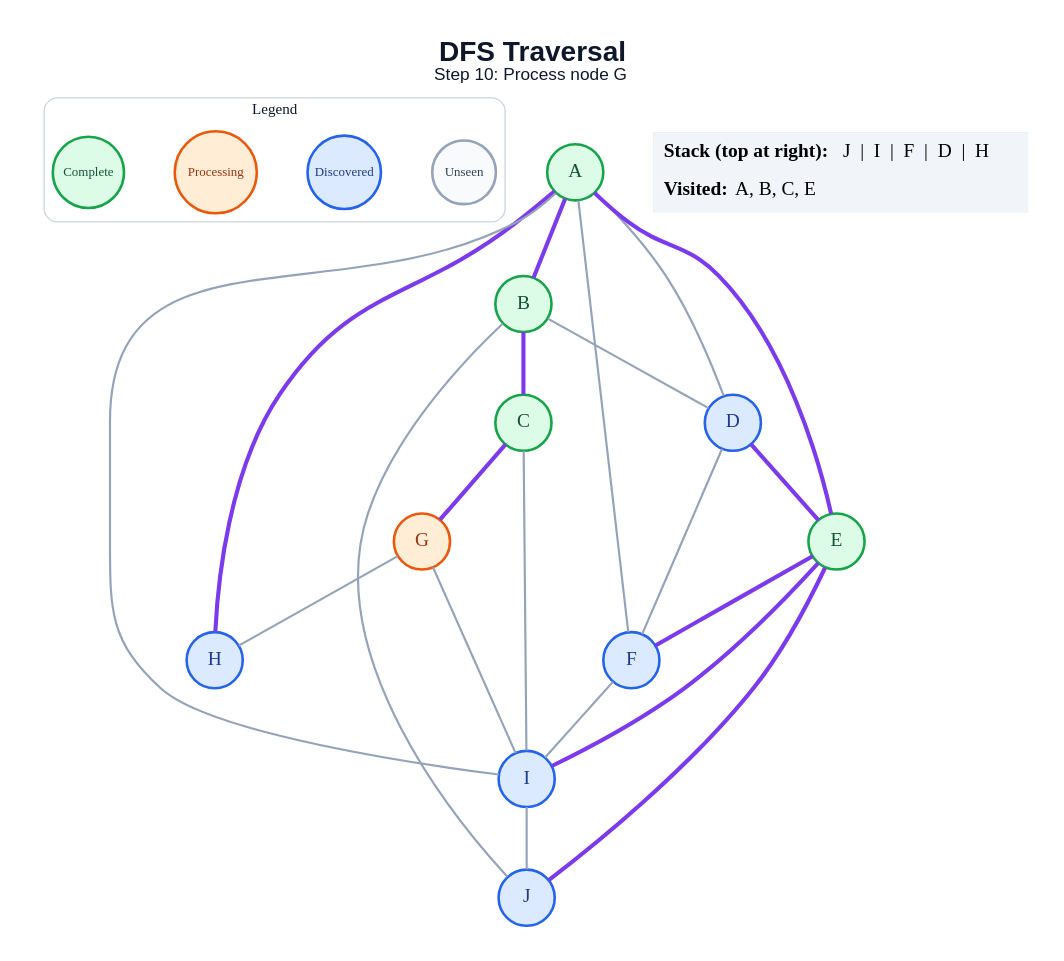
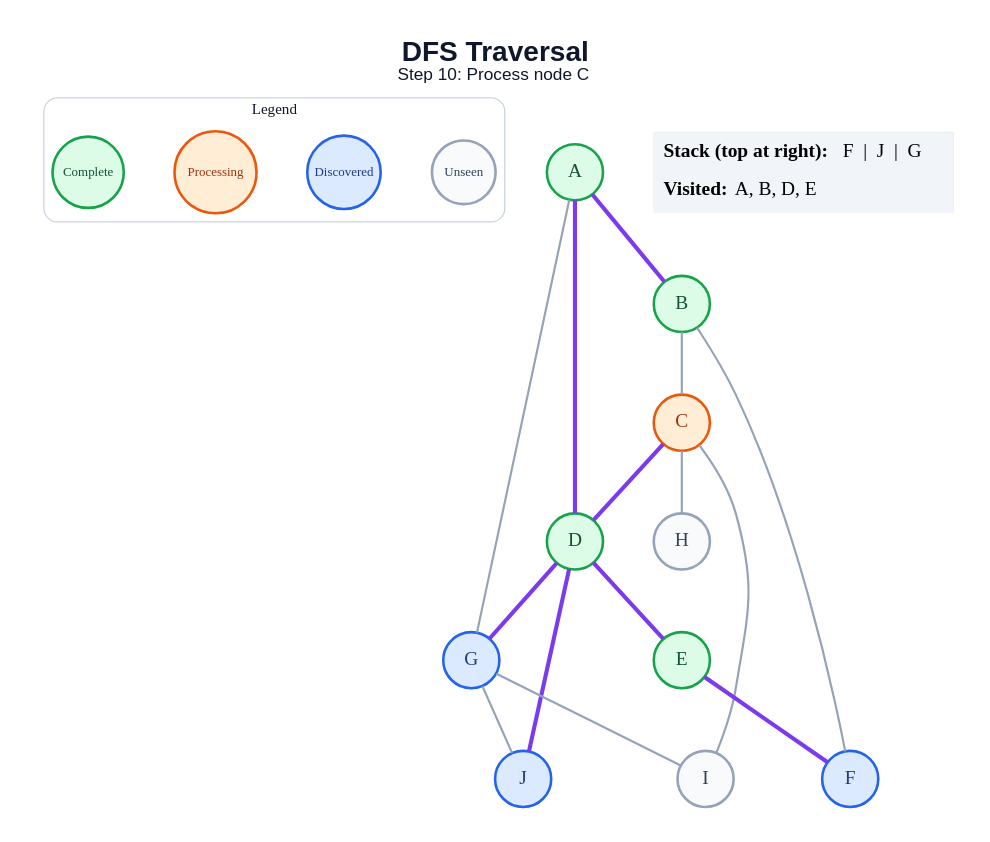
The diagram in generated/specific-node/dfs/step_10.dot (anon7238593-create/ai-slop), drawn with Graphviz before and after one commit. The commit also changed 178 other files, not shown here.

```diff
--- a/generated/specific-node/dfs/step_10.dot
+++ b/generated/specific-node/dfs/step_10.dot
@@ -1,49 +1,43 @@
 graph traversal {
   graph [layout=dot, rankdir=TB, bgcolor="#FFFFFF", pad="0.35", nodesep="0.65", ranksep="0.8", fontname="Arial"];
   node [shape=circle, style="filled", fontname="Arial Bold", fontsize=18, width=0.72, fixedsize=true, penwidth=2.4];
   edge [color="#94A3B8", penwidth=2.0];
-  label=<<B>DFS Traversal</B><BR/><FONT POINT-SIZE="16">Step 10: Process node G</FONT>>; labelloc="t"; fontsize=26; fontname="Arial"; fontcolor="#0F172A";
+  label=<<B>DFS Traversal</B><BR/><FONT POINT-SIZE="16">Step 10: Process node C</FONT>>; labelloc="t"; fontsize=26; fontname="Arial"; fontcolor="#0F172A";
   subgraph cluster_legend { label="Legend"; color="#CBD5E1"; penwidth=1.2; style="rounded"; fontsize=14; fontname="Arial Bold";
     key_unseen [label="Unseen", fillcolor="#F8FAFC", color="#94A3B8", fontcolor="#334155", fontsize=12, width=0.82];
     key_frontier [label="Discovered", fillcolor="#DBEAFE", color="#2563EB", fontcolor="#1E3A8A", fontsize=12, width=0.95];
     key_current [label="Processing", fillcolor="#FFEDD5", color="#EA580C", fontcolor="#9A3412", fontsize=12, width=1.05];
     key_done [label="Complete", fillcolor="#DCFCE7", color="#16A34A", fontcolor="#14532D", fontsize=12, width=0.92];
     { rank=same; key_unseen; key_frontier; key_current; key_done; }
   }
   A [fillcolor="#DCFCE7", color="#16A34A", fontcolor="#14532D"];
   B [fillcolor="#DCFCE7", color="#16A34A", fontcolor="#14532D"];
-  C [fillcolor="#DCFCE7", color="#16A34A", fontcolor="#14532D"];
-  D [fillcolor="#DBEAFE", color="#2563EB", fontcolor="#1E3A8A"];
+  C [fillcolor="#FFEDD5", color="#EA580C", fontcolor="#9A3412"];
+  D [fillcolor="#DCFCE7", color="#16A34A", fontcolor="#14532D"];
   E [fillcolor="#DCFCE7", color="#16A34A", fontcolor="#14532D"];
   F [fillcolor="#DBEAFE", color="#2563EB", fontcolor="#1E3A8A"];
-  G [fillcolor="#FFEDD5", color="#EA580C", fontcolor="#9A3412"];
-  H [fillcolor="#DBEAFE", color="#2563EB", fontcolor="#1E3A8A"];
-  I [fillcolor="#DBEAFE", color="#2563EB", fontcolor="#1E3A8A"];
+  G [fillcolor="#DBEAFE", color="#2563EB", fontcolor="#1E3A8A"];
+  H [fillcolor="#F8FAFC", color="#94A3B8", fontcolor="#334155"];
+  I [fillcolor="#F8FAFC", color="#94A3B8", fontcolor="#334155"];
   J [fillcolor="#DBEAFE", color="#2563EB", fontcolor="#1E3A8A"];
   A -- B [color="#7C3AED", penwidth=3.8];
-  A -- D;
-  A -- E [color="#7C3AED", penwidth=3.8];
-  A -- F;
-  A -- H [color="#7C3AED", penwidth=3.8];
-  A -- I;
-  B -- C [color="#7C3AED", penwidth=3.8];
-  B -- D;
-  B -- J;
-  C -- G [color="#7C3AED", penwidth=3.8];
+  A -- D [color="#7C3AED", penwidth=3.8];
+  A -- G;
+  B -- C;
+  B -- F;
+  C -- D [color="#7C3AED", penwidth=3.8];
+  C -- H;
   C -- I;
   D -- E [color="#7C3AED", penwidth=3.8];
-  D -- F;
+  D -- G [color="#7C3AED", penwidth=3.8];
+  D -- J [color="#7C3AED", penwidth=3.8];
   E -- F [color="#7C3AED", penwidth=3.8];
-  E -- I [color="#7C3AED", penwidth=3.8];
-  E -- J [color="#7C3AED", penwidth=3.8];
-  F -- I;
-  G -- H;
   G -- I;
-  I -- J;
+  G -- J;
   status [shape=plain, fixedsize=false, width=0, height=0, margin=0, label=<
     <TABLE BORDER="0" CELLBORDER="0" CELLPADDING="7" BGCOLOR="#F1F5F9">
-      <TR><TD ALIGN="LEFT"><B>Stack (top at right):</B> J  |  I  |  F  |  D  |  H</TD></TR>
-      <TR><TD ALIGN="LEFT"><B>Visited:</B> A, B, C, E</TD></TR>
+      <TR><TD ALIGN="LEFT"><B>Stack (top at right):</B> F  |  J  |  G</TD></TR>
+      <TR><TD ALIGN="LEFT"><B>Visited:</B> A, B, D, E</TD></TR>
     </TABLE>
   >];
 }
```
